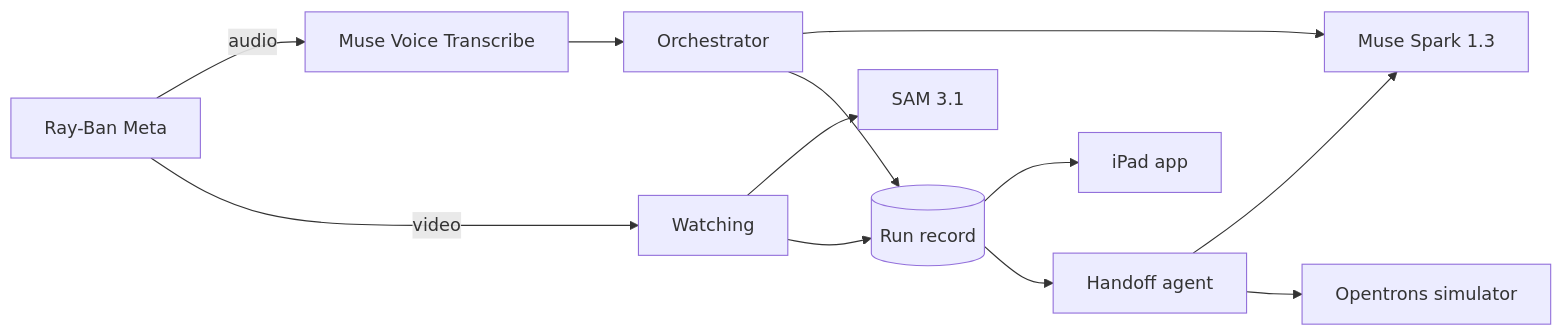
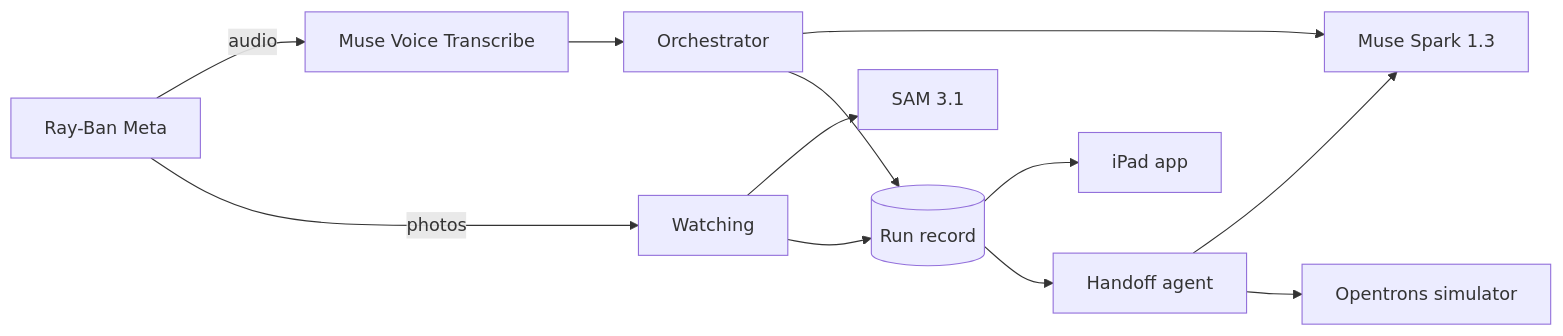
One commit to Dongckim/Meta-Global-AI-Developer-Hackathon changed the diagram in README.md. Above: the diagram before and after it, drawn with Mermaid. The commit also changed other lines of this file, not shown here.

Commit message:
docs: match the readme to photo-based watching

````diff
--- a/README.md
+++ b/README.md
@@ -65,14 +65,14 @@
 ```mermaid
 flowchart LR
   G[Ray-Ban Meta] -->|audio| V[Muse Voice Transcribe]
-  G -->|video| W[Watching]
+  G -->|photos| W[Watching]
   V --> O[Orchestrator]
   O --> S[Muse Spark 1.3]
   W --> T[SAM 3.1]
   O --> R[(Run record)]
   W --> R
   R --> A[iPad app]
   R --> H[Handoff agent]
   H --> S
   H --> X[Opentrons simulator]
 ```
````
